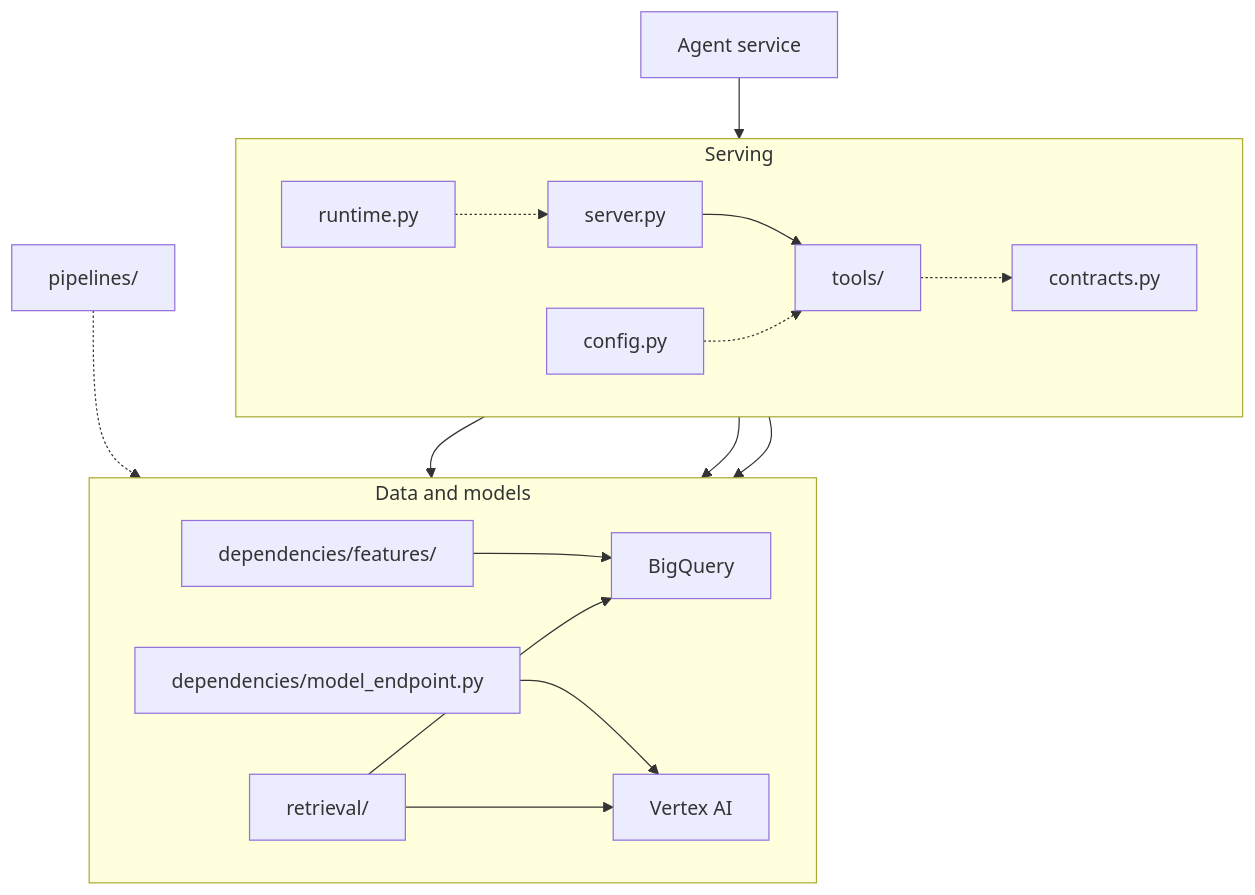
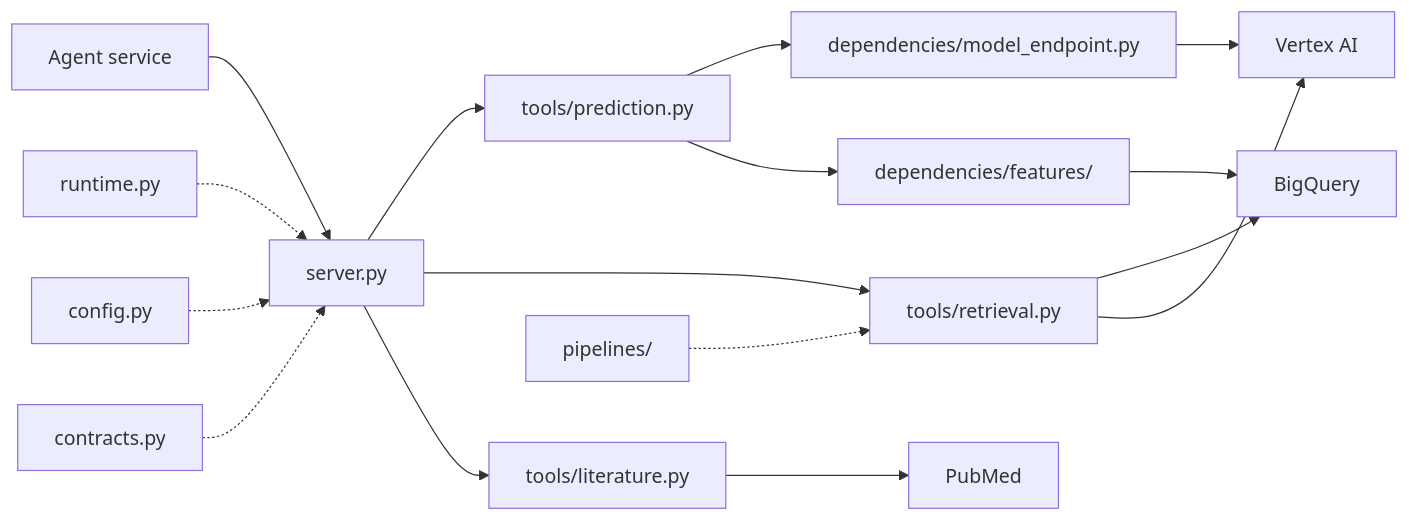
Before and after one commit to DanHerman212/enterprise_clinical_copilot: the diagram in services/mcp/README.md, drawn with Mermaid. The commit also changed 16 other files, not shown here.

````diff
--- a/services/mcp/README.md
+++ b/services/mcp/README.md
@@ -19,28 +19,21 @@
 ```mermaid
-flowchart TD
-  caller["Agent service"]
+flowchart LR
+  caller["Agent service"] --> server["server.py"]
 
-  subgraph srv["Serving"]
-    direction LR
-    server["server.py"] --> tools["tools/"]
-    tools -.-> contracts["contracts.py"]
-    runtime["runtime.py"] -.-> server
-    config["config.py"] -.-> tools
-  end
+  server --> predict["tools/prediction.py"]
+  server --> retrieve["tools/retrieval.py"]
+  server --> lit["tools/literature.py"]
 
-  subgraph data["Data and models"]
-    direction LR
-    features["dependencies/features/"] --> bigquery["BigQuery"]
-    endpoint["dependencies/model_endpoint.py"] --> vertex["Vertex AI"]
-    retrieval["retrieval/"] --> bigquery
-    retrieval --> vertex
-  end
+  predict --> endpoint["dependencies/model_endpoint.py"]
+  endpoint --> vertex["Vertex AI"]
+  predict --> features["dependencies/features/"]
+  features --> bigquery["BigQuery"]
+  retrieve --> bigquery
+  retrieve --> vertex
+  lit --> pubmed["PubMed"]
 
-  build["pipelines/"]
-
-  caller --> server
-  tools --> features
-  tools --> endpoint
-  tools --> retrieval
-  build -.-> retrieval
+  runtime["runtime.py"] -.-> server
+  config["config.py"] -.-> server
+  contracts["contracts.py"] -.-> server
+  build["pipelines/"] -.-> retrieve
 ```
````
